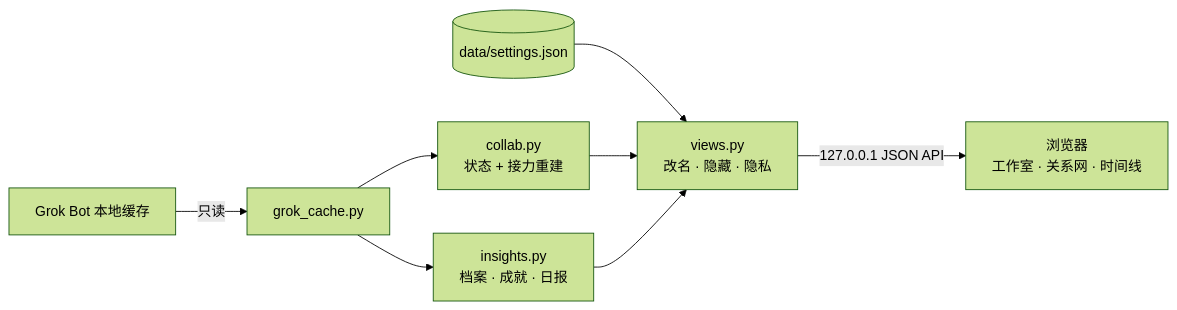
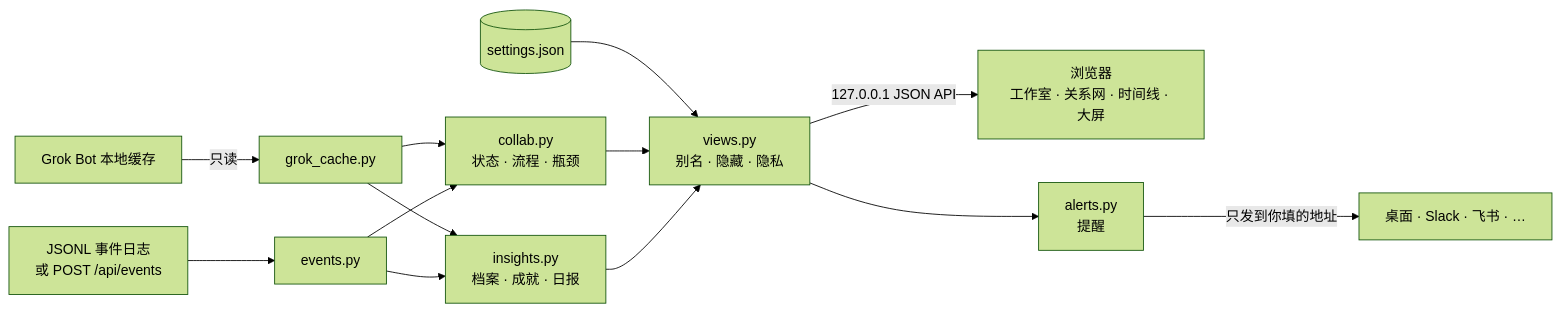
Before and after one commit to Olivia295/grokbot-team-monitor-UI: the diagram in README.zh-CN.md, drawn with Mermaid (forest theme). The commit also changed other lines of this file and 41 other files, not shown here.

````diff
--- a/README.zh-CN.md
+++ b/README.zh-CN.md
@@ -159,10 +256,14 @@
 ```mermaid
 flowchart LR
   A[Grok Bot 本地缓存] -->|只读| B[grok_cache.py]
-  B --> C[collab.py<br/>状态 + 接力重建]
+  J[JSONL 事件日志<br/>或 POST /api/events] --> K[events.py]
+  B --> C[collab.py<br/>状态 · 流程 · 瓶颈]
+  K --> C
   B --> D[insights.py<br/>档案 · 成就 · 日报]
-  S[(data/settings.json)] --> E
-  C --> E[views.py<br/>改名 · 隐藏 · 隐私]
+  K --> D
+  S[(settings.json)] --> E
+  C --> E[views.py<br/>别名 · 隐藏 · 隐私]
   D --> E
-  E -->|127.0.0.1 JSON API| F[浏览器<br/>工作室 · 关系网 · 时间线]
+  E -->|127.0.0.1 JSON API| F[浏览器<br/>工作室 · 关系网 · 时间线 · 大屏]
+  E --> W[alerts.py<br/>提醒] -->|只发到你填的地址| N[桌面 · Slack · 飞书 · …]
 ```
````
